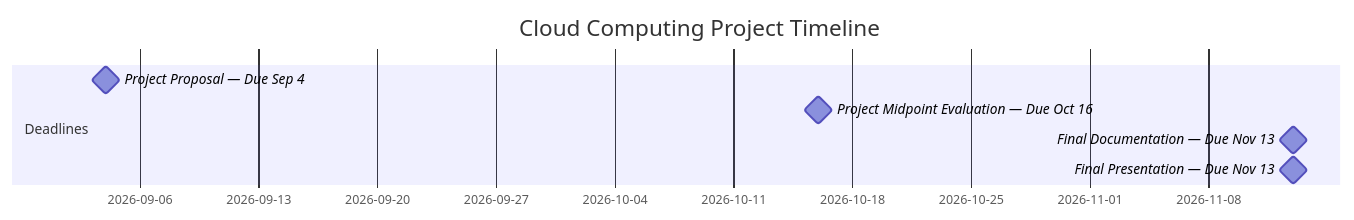
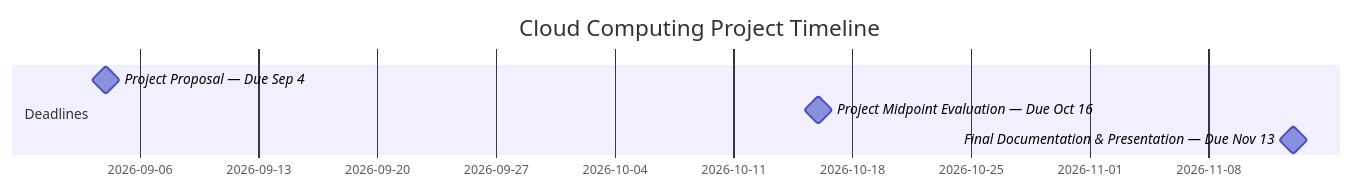
One commit to sophia-dao/cloud_computing_proj changed the diagram in README.md. Above: the diagram before and after it, drawn with Mermaid.

````diff
--- a/README.md
+++ b/README.md
@@ -3,11 +3,10 @@
 ```mermaid
 gantt
     title Cloud Computing Project Timeline
     dateFormat YYYY-MM-DD
 
     section Deadlines
     Project Proposal — Due Sep 4              :milestone, proposal, 2026-09-04, 0d
     Project Midpoint Evaluation — Due Oct 16  :milestone, midpoint, 2026-10-16, 0d
-    Final Documentation — Due Nov 13          :milestone, documentation, 2026-11-13, 0d
-    Final Presentation — Due Nov 13           :milestone, presentation, 2026-11-13, 0d
+    Final Documentation & Presentation — Due Nov 13          :milestone, documentation, 2026-11-13, 0d
 ```
````
